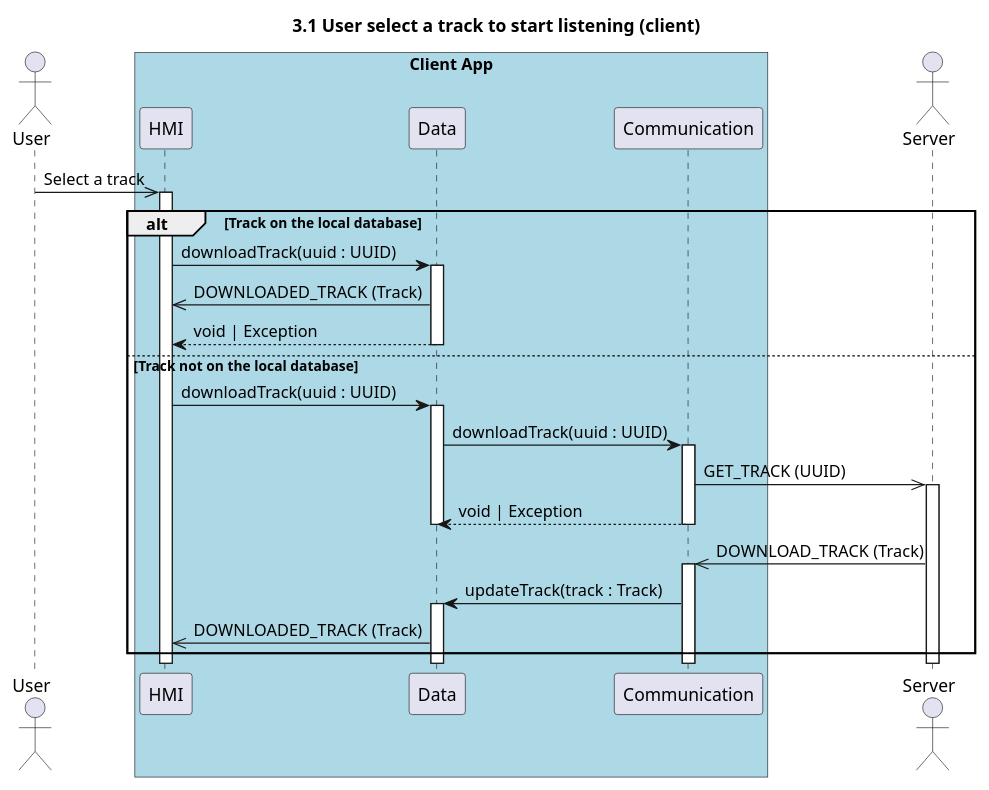
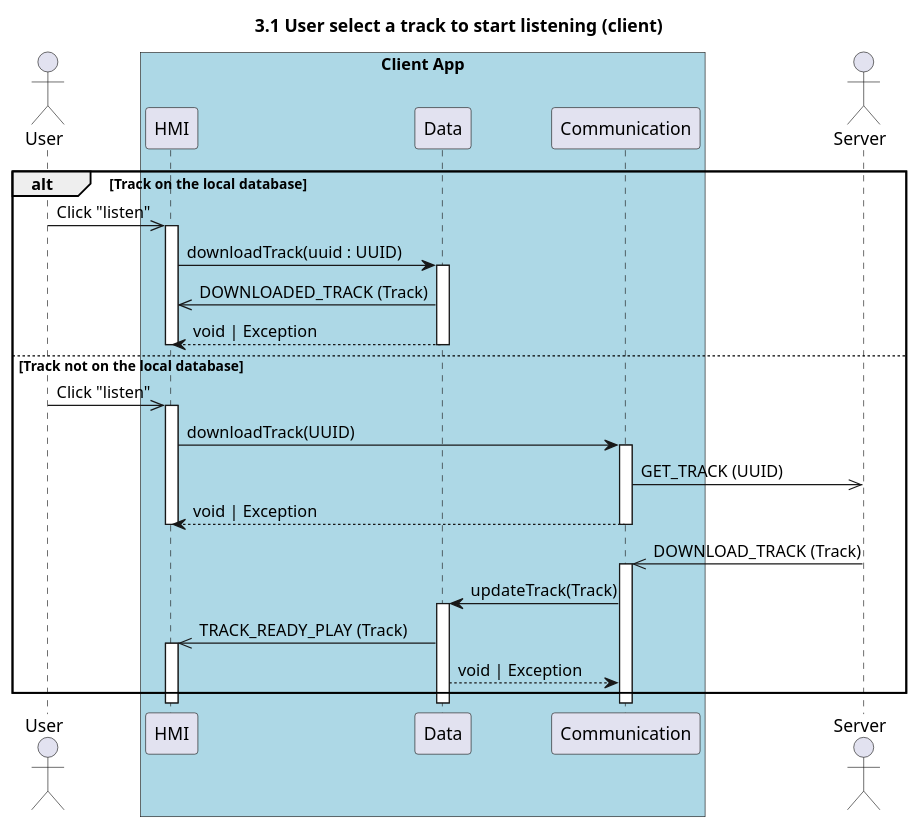
The diagram in sequence/3.1.listen_music_client.puml (UTCAI12/Diagrams), drawn with PlantUML before and after one commit. The commit also changed 7 other files, not shown here.

```diff
--- a/sequence/3.1.listen_music_client.puml
+++ b/sequence/3.1.listen_music_client.puml
@@ -1,33 +1,33 @@
 @startuml 3.1 User select a track to start listening (client)
 title 3.1 User select a track to start listening (client)
 
 actor "User" as user
 box "Client App" #LightBlue
     participant "HMI" as hmi
     participant "Data" as data
     participant "Communication" as com
 end box
 actor "Server" as server
 
-user ->> hmi++: Select a track
-
-
 alt Track on the local database
+    user ->> hmi++: Click "listen"
     hmi -> data++: downloadTrack(uuid : UUID)
     data->>hmi: DOWNLOADED_TRACK (Track)
     return void | Exception
+    deactivate hmi
 
 else Track not on the local database 
-    hmi -> data++: downloadTrack(uuid : UUID)
-    data -> com++: downloadTrack(uuid : UUID)
-    com ->> server++: GET_TRACK (UUID)
-    com --> data: void | Exception
-    deactivate data
-    deactivate com
+    user ->> hmi++: Click "listen"
+
+    hmi -> com++: downloadTrack(UUID)
+    com ->> server: GET_TRACK (UUID)
+    return void | Exception
+    deactivate hmi
 
     server ->> com++: DOWNLOAD_TRACK (Track) 
-    com -> data++: updateTrack(track : Track)
-    data->>hmi: DOWNLOADED_TRACK (Track) 
+    com -> data++: updateTrack(Track)
+    data->>hmi++: TRACK_READY_PLAY (Track) 
+    data-->com: void | Exception
 end 
 
 @enduml
```
